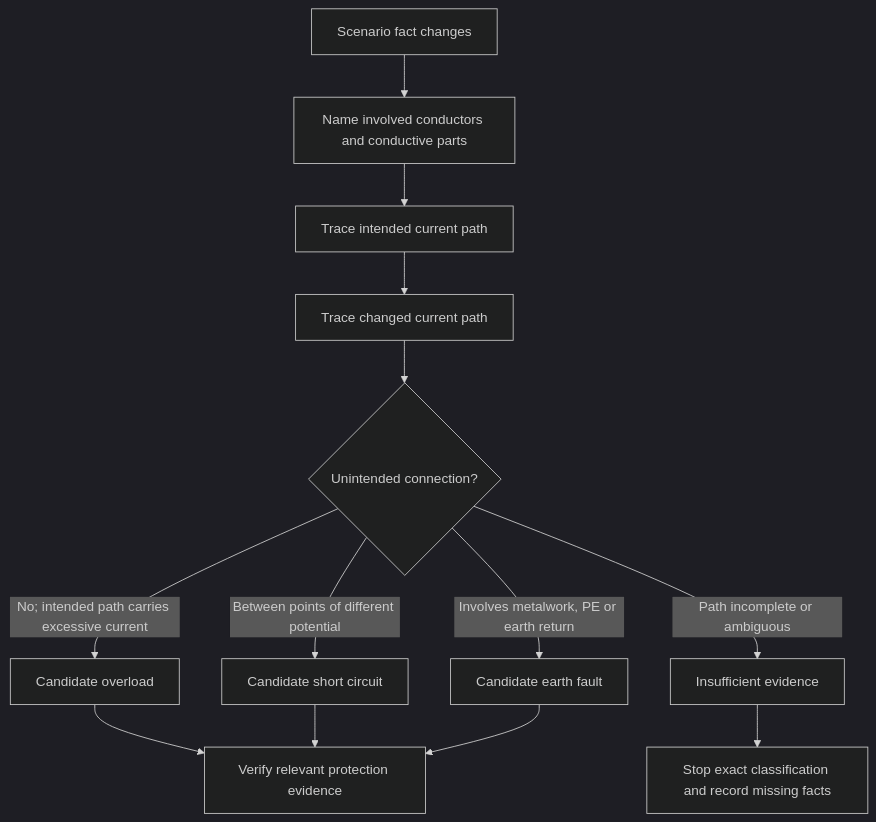
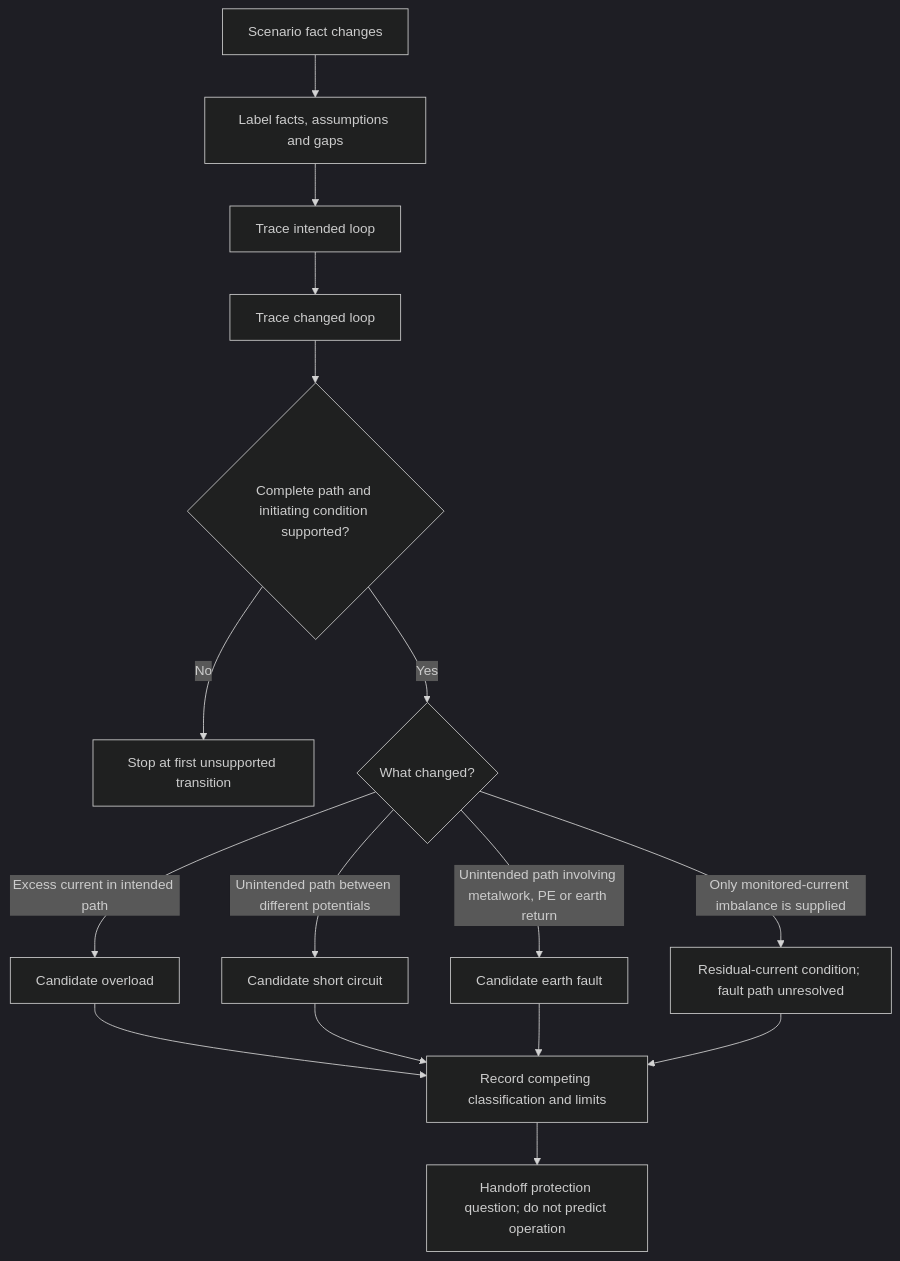
The first of 2 diagrams in docs/learning-plans/12-week/modules/day-09-overload-short-circuit-and-fault-current-distinctions.md (andrew3stedall/capstone), drawn with Mermaid (dark theme) before and after one commit. The commit also changed other lines of this file, not shown here.

Commit message:
Improve Day 9 fault-current distinctions

````diff
--- a/docs/learning-plans/12-week/modules/day-09-overload-short-circuit-and-fault-current-distinctions.md
+++ b/docs/learning-plans/12-week/modules/day-09-overload-short-circuit-and-fault-current-distinctions.md
@@ -129,15 +144,18 @@
 ```mermaid
 flowchart TD
-    A["Scenario fact changes"] --> B["Name involved conductors and conductive parts"]
-    B --> C["Trace intended current path"]
-    C --> D["Trace changed current path"]
-    D --> E{"Unintended connection?"}
-    E -->|"No; intended path carries excessive current"| F["Candidate overload"]
-    E -->|"Between points of different potential"| G["Candidate short circuit"]
-    E -->|"Involves metalwork, PE or earth return"| H["Candidate earth fault"]
-    E -->|"Path incomplete or ambiguous"| I["Insufficient evidence"]
-    F --> J["Verify relevant protection evidence"]
-    G --> J
-    H --> J
-    I --> K["Stop exact classification and record missing facts"]
+    A["Scenario fact changes"] --> B["Label facts, assumptions and gaps"]
+    B --> C["Trace intended loop"]
+    C --> D["Trace changed loop"]
+    D --> E{"Complete path and initiating condition supported?"}
+    E -->|"No"| F["Stop at first unsupported transition"]
+    E -->|"Yes"| G{"What changed?"}
+    G -->|"Excess current in intended path"| H["Candidate overload"]
+    G -->|"Unintended path between different potentials"| I["Candidate short circuit"]
+    G -->|"Unintended path involving metalwork, PE or earth return"| J["Candidate earth fault"]
+    G -->|"Only monitored-current imbalance is supplied"| K["Residual-current condition; fault path unresolved"]
+    H --> L["Record competing classification and limits"]
+    I --> L
+    J --> L
+    K --> L
+    L --> M["Handoff protection question; do not predict operation"]
 ```
````
